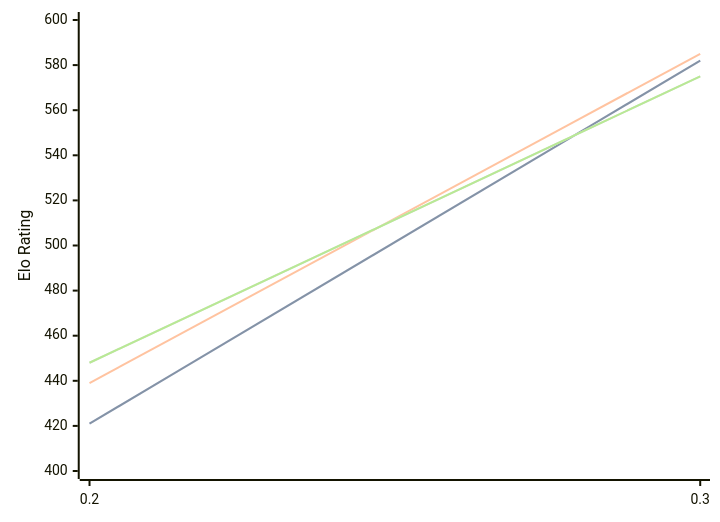
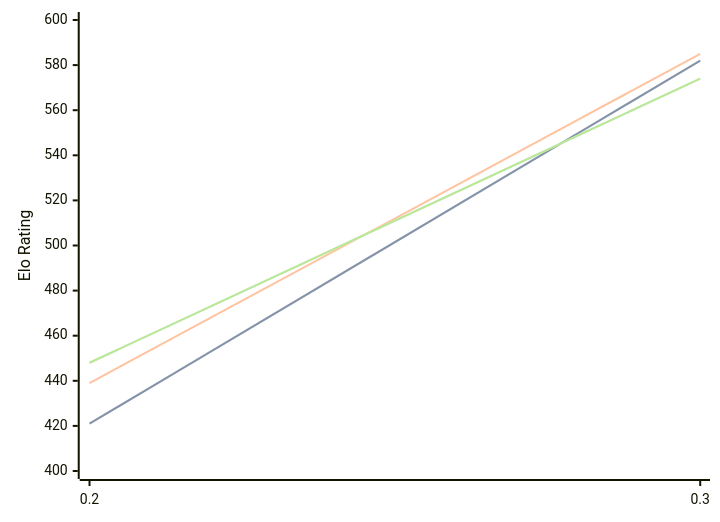
Before and after one commit to computer-chess-index/cci: the diagram in engines/Magpie.md, drawn with Mermaid. The commit also changed other lines of this file, not shown here.

Commit message:
Update CCI Ratings (ELO VLTC) - 2026-10-07

````diff
--- a/engines/Magpie.md
+++ b/engines/Magpie.md
@@ -32,11 +32,11 @@
 ```mermaid
 %%{init: {"theme":"base","themeVariables":{"seriesColors:['#a3a3a3','#222221','#faa371']}}}%%
 xychart-beta
   x-axis ["0.2", "0.3"]
   y-axis "Elo Rating" 400 --> 600
   line "" [421, 582]
   line "STC (8.0+0.08s)" [421, 582]
   line "LTC (60.0+0.60s)" [439, 585]
-  line "" [448, 575]
-  line "VLTC (2m24s+1.12s)" [448, 575]
+  line "" [448, 574]
+  line "VLTC (2m24s+1.12s)" [448, 574]
 ```
````
